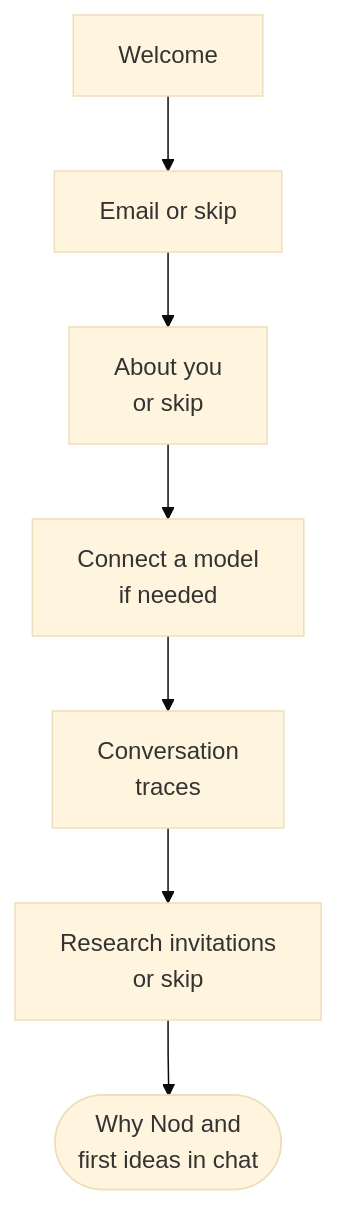
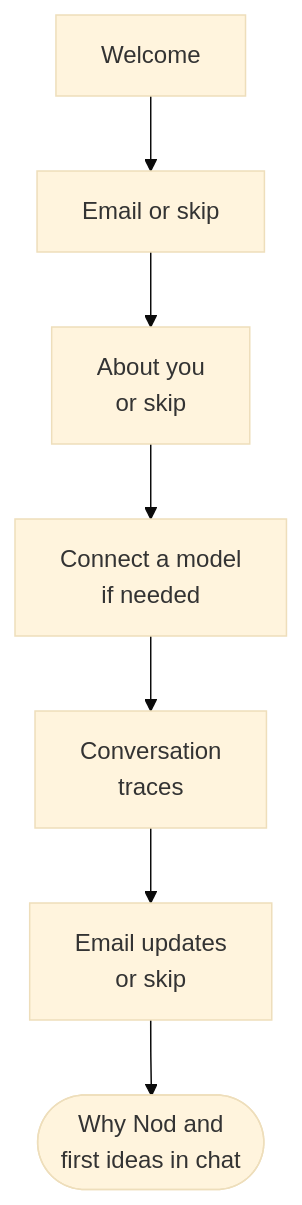
One commit to KrishBhimani/nod changed the diagram in docs/src/content/docs/get-started/first-conversation.mdx. Above: the diagram before and after it, drawn with Mermaid (base theme). The commit also changed other lines of this file and 32 other files, not shown here.

````diff
--- a/docs/src/content/docs/get-started/first-conversation.mdx
+++ b/docs/src/content/docs/get-started/first-conversation.mdx
@@ -18,9 +18,9 @@
 ```mermaid
 flowchart TD
   start[Welcome] --> email[Email or skip]:::muted
   email --> about[About you<br/>or skip]:::muted
   about --> model[Connect a model<br/>if needed]:::accent
   model --> privacy[Conversation<br/>traces]:::muted
-  privacy --> join[Research invitations<br/>or skip]:::muted
+  privacy --> join[Email updates<br/>or skip]:::muted
   join --> chat([Why Nod and<br/>first ideas in chat]):::go
 ```
````
